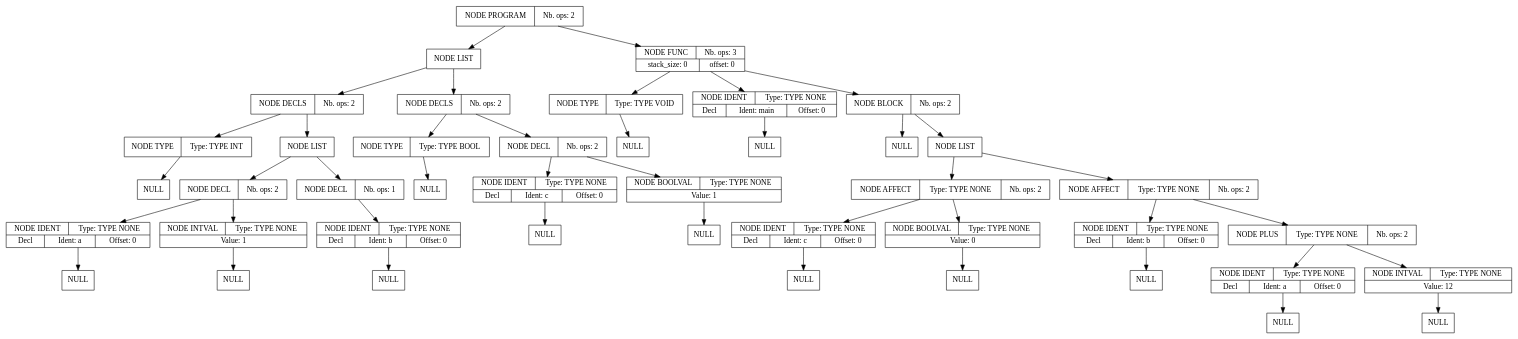
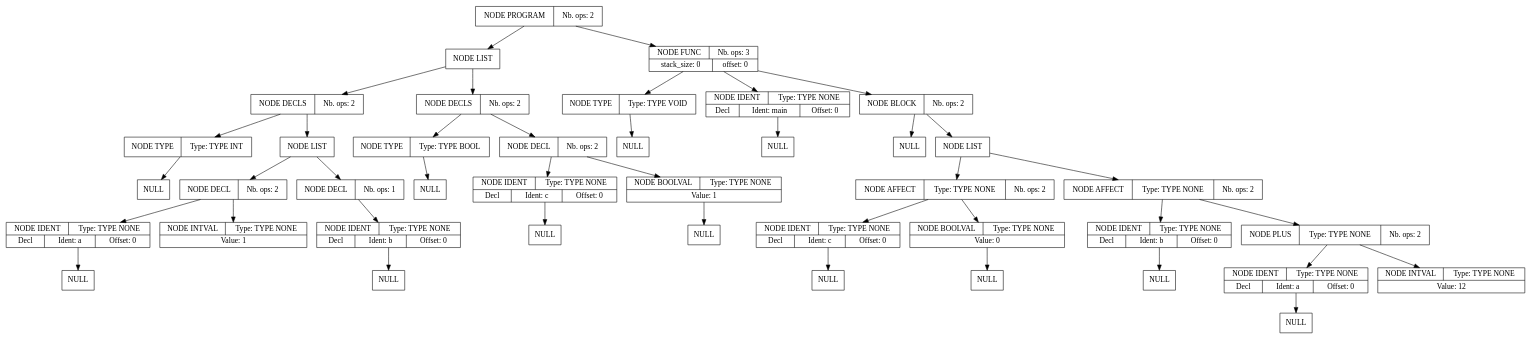
One commit to Harian-Elyoth/CompilateurMiniC changed the diagram in src/arbre_du_program.dot. Above: the diagram before and after it, drawn with Graphviz. The commit also changed 18 other files, not shown here.

```diff
--- a/src/arbre_du_program.dot
+++ b/src/arbre_du_program.dot
@@ -1,129 +1,123 @@
 digraph global_vars {
     N1 [shape=record, label="{{NODE PROGRAM|Nb. ops: 2}}"];
     N2 [shape=record, label="{{NODE LIST}}"];
     N3 [shape=record, label="{{NODE DECLS|Nb. ops: 2}}"];
     N4 [shape=record, label="{{NODE TYPE|Type: TYPE INT}}"];
     N5 [shape=record, label="{{NULL}}"];
     edge[tailclip=true];
     N4 -> N5
     edge[tailclip=true];
     N3 -> N4
     N6 [shape=record, label="{{NODE LIST}}"];
     N7 [shape=record, label="{{NODE DECL|Nb. ops: 2}}"];
     N8 [shape=record, label="{{NODE IDENT|Type: TYPE NONE}|{<decl>Decl      |Ident: a|Offset: 0}}"];
     N9 [shape=record, label="{{NULL}}"];
     edge[tailclip=true];
     N8 -> N9
     edge[tailclip=true];
     N7 -> N8
     N10 [shape=record, label="{{NODE INTVAL|Type: TYPE NONE}|{Value: 1}}"];
-    N11 [shape=record, label="{{NULL}}"];
-    edge[tailclip=true];
-    N10 -> N11
     edge[tailclip=true];
     N7 -> N10
     edge[tailclip=true];
     N6 -> N7
-    N12 [shape=record, label="{{NODE DECL|Nb. ops: 1}}"];
-    N13 [shape=record, label="{{NODE IDENT|Type: TYPE NONE}|{<decl>Decl      |Ident: b|Offset: 0}}"];
-    N14 [shape=record, label="{{NULL}}"];
-    edge[tailclip=true];
-    N13 -> N14
+    N11 [shape=record, label="{{NODE DECL|Nb. ops: 1}}"];
+    N12 [shape=record, label="{{NODE IDENT|Type: TYPE NONE}|{<decl>Decl      |Ident: b|Offset: 0}}"];
+    N13 [shape=record, label="{{NULL}}"];
     edge[tailclip=true];
     N12 -> N13
     edge[tailclip=true];
-    N6 -> N12
+    N11 -> N12
+    edge[tailclip=true];
+    N6 -> N11
     edge[tailclip=true];
     N3 -> N6
     edge[tailclip=true];
     N2 -> N3
-    N15 [shape=record, label="{{NODE DECLS|Nb. ops: 2}}"];
-    N16 [shape=record, label="{{NODE TYPE|Type: TYPE BOOL}}"];
-    N17 [shape=record, label="{{NULL}}"];
-    edge[tailclip=true];
-    N16 -> N17
+    N14 [shape=record, label="{{NODE DECLS|Nb. ops: 2}}"];
+    N15 [shape=record, label="{{NODE TYPE|Type: TYPE BOOL}}"];
+    N16 [shape=record, label="{{NULL}}"];
     edge[tailclip=true];
     N15 -> N16
-    N18 [shape=record, label="{{NODE DECL|Nb. ops: 2}}"];
-    N19 [shape=record, label="{{NODE IDENT|Type: TYPE NONE}|{<decl>Decl      |Ident: c|Offset: 0}}"];
-    N20 [shape=record, label="{{NULL}}"];
     edge[tailclip=true];
-    N19 -> N20
+    N14 -> N15
+    N17 [shape=record, label="{{NODE DECL|Nb. ops: 2}}"];
+    N18 [shape=record, label="{{NODE IDENT|Type: TYPE NONE}|{<decl>Decl      |Ident: c|Offset: 0}}"];
+    N19 [shape=record, label="{{NULL}}"];
     edge[tailclip=true];
     N18 -> N19
-    N21 [shape=record, label="{{NODE BOOLVAL|Type: TYPE NONE}|{Value: 1}}"];
-    N22 [shape=record, label="{{NULL}}"];
     edge[tailclip=true];
-    N21 -> N22
+    N17 -> N18
+    N20 [shape=record, label="{{NODE BOOLVAL|Type: TYPE NONE}|{Value: 1}}"];
+    N21 [shape=record, label="{{NULL}}"];
     edge[tailclip=true];
-    N18 -> N21
+    N20 -> N21
     edge[tailclip=true];
-    N15 -> N18
+    N17 -> N20
     edge[tailclip=true];
-    N2 -> N15
+    N14 -> N17
+    edge[tailclip=true];
+    N2 -> N14
     edge[tailclip=true];
     N1 -> N2
-    N23 [shape=record, label="{{NODE FUNC|Nb. ops: 3}|{stack_size: 0|offset: 0}}"];
-    N24 [shape=record, label="{{NODE TYPE|Type: TYPE VOID}}"];
-    N25 [shape=record, label="{{NULL}}"];
-    edge[tailclip=true];
-    N24 -> N25
+    N22 [shape=record, label="{{NODE FUNC|Nb. ops: 3}|{stack_size: 0|offset: 0}}"];
+    N23 [shape=record, label="{{NODE TYPE|Type: TYPE VOID}}"];
+    N24 [shape=record, label="{{NULL}}"];
     edge[tailclip=true];
     N23 -> N24
-    N26 [shape=record, label="{{NODE IDENT|Type: TYPE NONE}|{<decl>Decl      |Ident: main|Offset: 0}}"];
-    N27 [shape=record, label="{{NULL}}"];
     edge[tailclip=true];
-    N26 -> N27
+    N22 -> N23
+    N25 [shape=record, label="{{NODE IDENT|Type: TYPE NONE}|{<decl>Decl      |Ident: main|Offset: 0}}"];
+    N26 [shape=record, label="{{NULL}}"];
     edge[tailclip=true];
-    N23 -> N26
-    N28 [shape=record, label="{{NODE BLOCK|Nb. ops: 2}}"];
-    N29 [shape=record, label="{{NULL}}"];
+    N25 -> N26
     edge[tailclip=true];
-    N28 -> N29
-    N30 [shape=record, label="{{NODE LIST}}"];
-    N31 [shape=record, label="{{NODE AFFECT|Type: TYPE NONE|Nb. ops: 2}}"];
-    N32 [shape=record, label="{{NODE IDENT|Type: TYPE NONE}|{<decl>Decl      |Ident: c|Offset: 0}}"];
-    N33 [shape=record, label="{{NULL}}"];
+    N22 -> N25
+    N27 [shape=record, label="{{NODE BLOCK|Nb. ops: 2}}"];
+    N28 [shape=record, label="{{NULL}}"];
     edge[tailclip=true];
-    N32 -> N33
+    N27 -> N28
+    N29 [shape=record, label="{{NODE LIST}}"];
+    N30 [shape=record, label="{{NODE AFFECT|Type: TYPE NONE|Nb. ops: 2}}"];
+    N31 [shape=record, label="{{NODE IDENT|Type: TYPE NONE}|{<decl>Decl      |Ident: c|Offset: 0}}"];
+    N32 [shape=record, label="{{NULL}}"];
     edge[tailclip=true];
     N31 -> N32
-    N34 [shape=record, label="{{NODE BOOLVAL|Type: TYPE NONE}|{Value: 0}}"];
-    N35 [shape=record, label="{{NULL}}"];
-    edge[tailclip=true];
-    N34 -> N35
-    edge[tailclip=true];
-    N31 -> N34
     edge[tailclip=true];
     N30 -> N31
-    N36 [shape=record, label="{{NODE AFFECT|Type: TYPE NONE|Nb. ops: 2}}"];
-    N37 [shape=record, label="{{NODE IDENT|Type: TYPE NONE}|{<decl>Decl      |Ident: b|Offset: 0}}"];
-    N38 [shape=record, label="{{NULL}}"];
+    N33 [shape=record, label="{{NODE BOOLVAL|Type: TYPE NONE}|{Value: 0}}"];
+    N34 [shape=record, label="{{NULL}}"];
     edge[tailclip=true];
-    N37 -> N38
+    N33 -> N34
+    edge[tailclip=true];
+    N30 -> N33
+    edge[tailclip=true];
+    N29 -> N30
+    N35 [shape=record, label="{{NODE AFFECT|Type: TYPE NONE|Nb. ops: 2}}"];
+    N36 [shape=record, label="{{NODE IDENT|Type: TYPE NONE}|{<decl>Decl      |Ident: b|Offset: 0}}"];
+    N37 [shape=record, label="{{NULL}}"];
     edge[tailclip=true];
     N36 -> N37
-    N39 [shape=record, label="{{NODE PLUS|Type: TYPE NONE|Nb. ops: 2}}"];
-    N40 [shape=record, label="{{NODE IDENT|Type: TYPE NONE}|{<decl>Decl      |Ident: a|Offset: 0}}"];
-    N41 [shape=record, label="{{NULL}}"];
     edge[tailclip=true];
-    N40 -> N41
+    N35 -> N36
+    N38 [shape=record, label="{{NODE PLUS|Type: TYPE NONE|Nb. ops: 2}}"];
+    N39 [shape=record, label="{{NODE IDENT|Type: TYPE NONE}|{<decl>Decl      |Ident: a|Offset: 0}}"];
+    N40 [shape=record, label="{{NULL}}"];
     edge[tailclip=true];
     N39 -> N40
-    N42 [shape=record, label="{{NODE INTVAL|Type: TYPE NONE}|{Value: 12}}"];
-    N43 [shape=record, label="{{NULL}}"];
     edge[tailclip=true];
-    N42 -> N43
+    N38 -> N39
+    N41 [shape=record, label="{{NODE INTVAL|Type: TYPE NONE}|{Value: 12}}"];
     edge[tailclip=true];
-    N39 -> N42
+    N38 -> N41
     edge[tailclip=true];
-    N36 -> N39
+    N35 -> N38
     edge[tailclip=true];
-    N30 -> N36
+    N29 -> N35
     edge[tailclip=true];
-    N28 -> N30
+    N27 -> N29
     edge[tailclip=true];
-    N23 -> N28
+    N22 -> N27
     edge[tailclip=true];
-    N1 -> N23
+    N1 -> N22
 }
```
